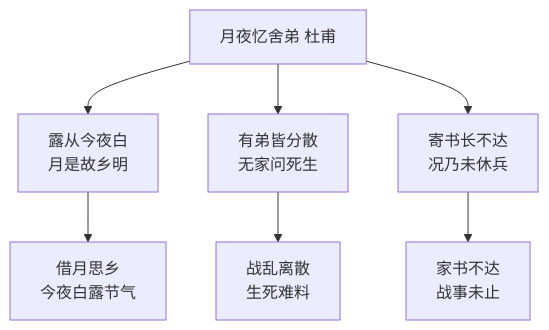
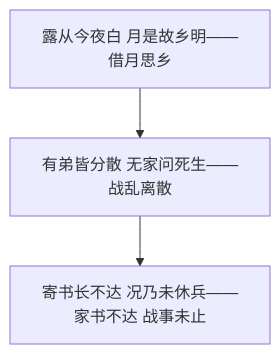
One commit to moirakk/beijing-study-portal changed the first of 4 diagrams in content/chinese/grade9-1/ch3/t6/note.md. Above: the diagram before and after it, drawn with Mermaid. The commit also changed other lines of this file and 30 other files, not shown here.

````diff
--- a/content/chinese/grade9-1/ch3/t6/note.md
+++ b/content/chinese/grade9-1/ch3/t6/note.md
@@ -11,9 +11,5 @@
 ```mermaid
 flowchart TD
-    A[月夜忆舍弟 杜甫] --> B[露从今夜白<br/>月是故乡明]
-    B --> C[借月思乡<br/>今夜白露节气]
-    A --> D[有弟皆分散<br/>无家问死生]
-    D --> E[战乱离散<br/>生死难料]
-    A --> F[寄书长不达<br/>况乃未休兵]
-    F --> G[家书不达<br/>战事未止]
+    A[露从今夜白 月是故乡明——借月思乡] --> B[有弟皆分散 无家问死生——战乱离散]
+    B --> C[寄书长不达 况乃未休兵——家书不达 战事未止]
 ```
````
